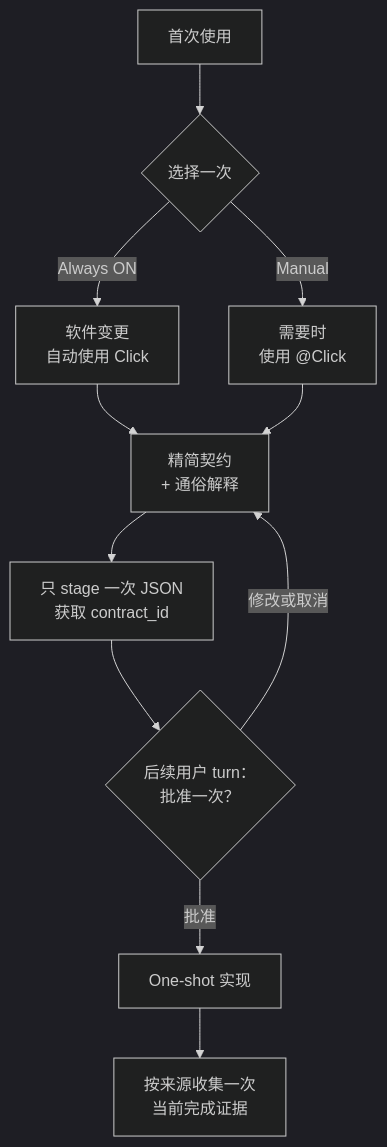
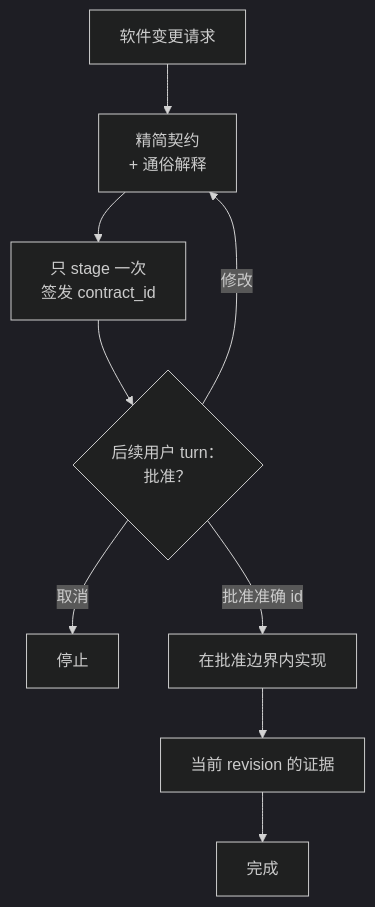
One commit to grapefruit0205/build-brief changed the diagram in README.zh-CN.md. Above: the diagram before and after it, drawn with Mermaid (dark theme). The commit also changed other lines of this file, not shown here.

````diff
--- a/README.zh-CN.md
+++ b/README.zh-CN.md
@@ -102,13 +100,11 @@
 ```mermaid
 flowchart TB
-    A["首次使用"] --> B{"选择一次"}
-    B -->|Always ON| C["软件变更<br/>自动使用 Click"]
-    B -->|Manual| D["需要时<br/>使用 @Click"]
-    C --> E["精简契约<br/>+ 通俗解释"]
-    D --> E
-    E --> F["只 stage 一次 JSON<br/>获取 contract_id"]
-    F --> I{"后续用户 turn：<br/>批准一次？"}
-    I -->|修改或取消| E
-    I -->|批准| G["One-shot 实现"]
-    G --> H["按来源收集一次<br/>当前完成证据"]
+    A["软件变更请求"] --> B["精简契约<br/>+ 通俗解释"]
+    B --> C["只 stage 一次<br/>签发 contract_id"]
+    C --> D{"后续用户 turn：<br/>批准？"}
+    D -->|修改| B
+    D -->|取消| X["停止"]
+    D -->|批准准确 id| E["在批准边界内实现"]
+    E --> F["当前 revision 的证据"]
+    F --> G["完成"]
 ```
````
